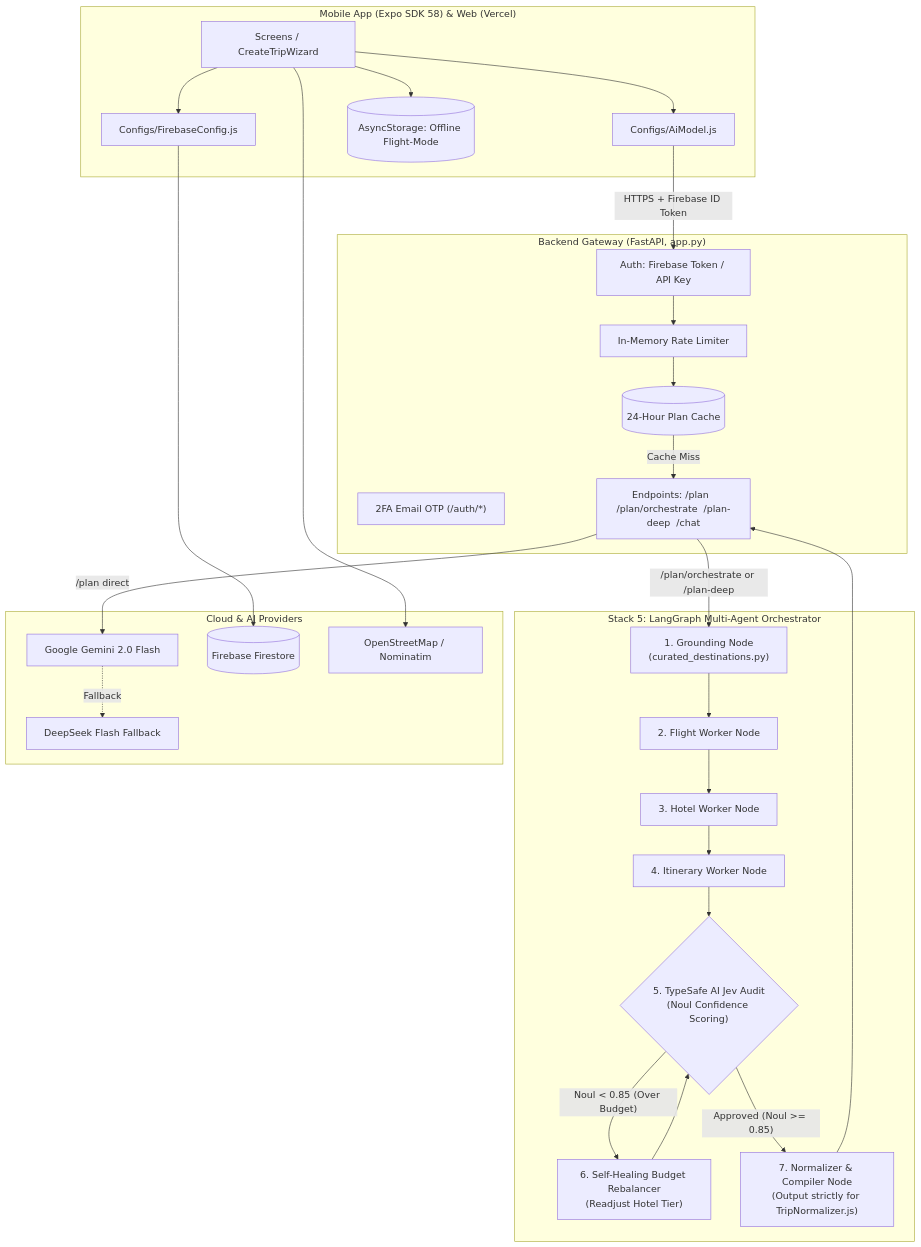
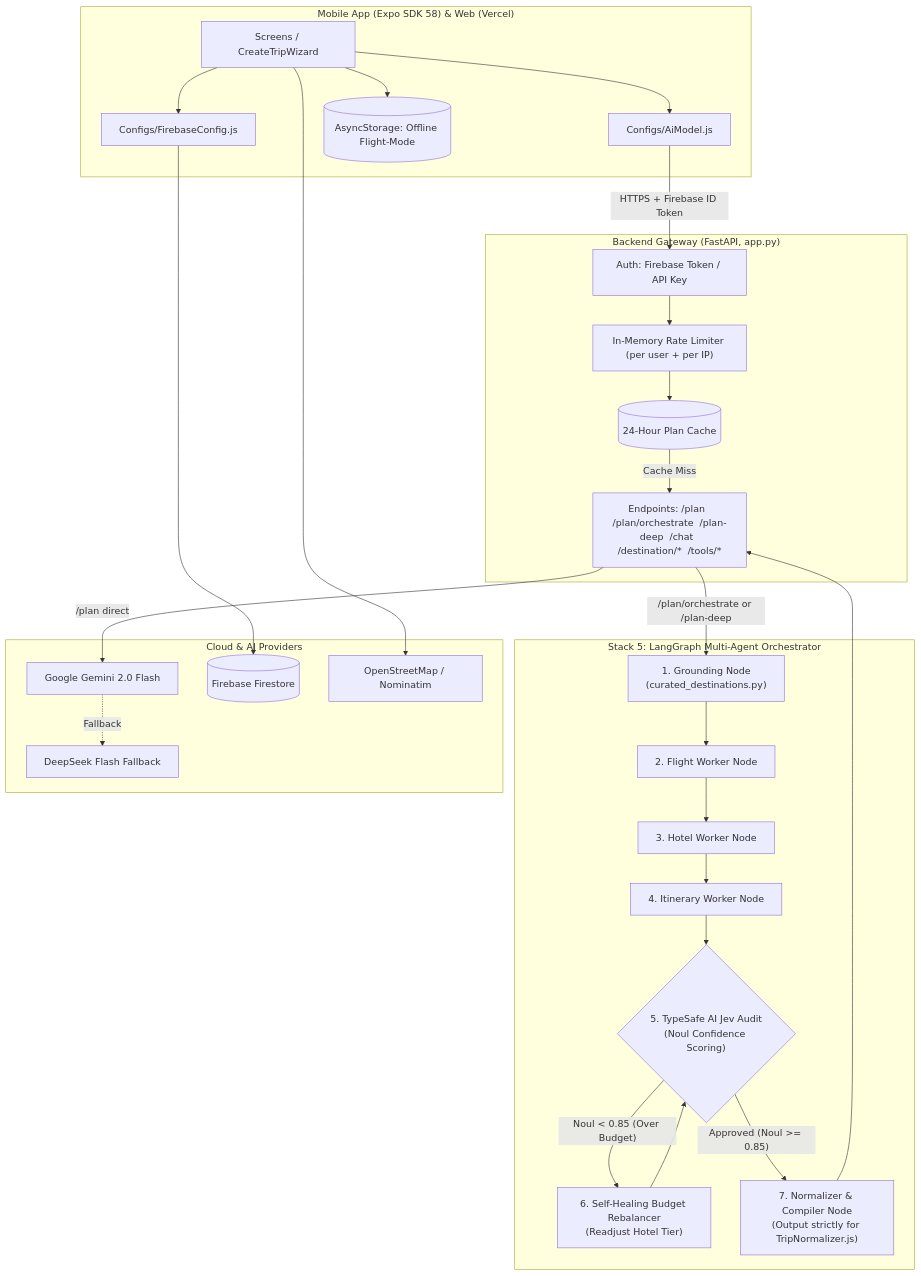
One commit to AliHassan-7869/GoGuide-AI-Agent changed the first of 5 diagrams in ARCHITECTURE.md. Above: the diagram before and after it, drawn with Mermaid. The commit also changed other lines of this file and 14 other files, not shown here.

````diff
--- a/ARCHITECTURE.md
+++ b/ARCHITECTURE.md
@@ -27,55 +27,54 @@
 ```mermaid
 flowchart TD
     subgraph Client["Mobile App (Expo SDK 58) & Web (Vercel)"]
         UI[Screens / CreateTripWizard]
         AI[Configs/AiModel.js]
         FB[Configs/FirebaseConfig.js]
         Cache[(AsyncStorage: Offline Flight-Mode)]
     end
 
     subgraph Backend["Backend Gateway (FastAPI, app.py)"]
         Auth["Auth: Firebase Token / API Key"]
-        TwoFA["2FA Email OTP (/auth/*)"]
-        RL["In-Memory Rate Limiter"]
+        RL["In-Memory Rate Limiter (per user + per IP)"]
         PlanCache[("24-Hour Plan Cache")]
-        EP["Endpoints: /plan  /plan/orchestrate  /plan-deep  /chat"]
+        EP["Endpoints: /plan  /plan/orchestrate  /plan-deep  /chat  /destination/*  /tools/*"]
     end
 
     subgraph Stack5["Stack 5: LangGraph Multi-Agent Orchestrator"]
         Grounding["1. Grounding Node\n(curated_destinations.py)"]
         FlightWorker["2. Flight Worker Node"]
         HotelWorker["3. Hotel Worker Node"]
         ItineraryWorker["4. Itinerary Worker Node"]
         JevAudit{"5. TypeSafe AI Jev Audit\n(Noul Confidence Scoring)"}
         BudgetHeal["6. Self-Healing Budget Rebalancer\n(Readjust Hotel Tier)"]
         Compiler["7. Normalizer & Compiler Node\n(Output strictly for TripNormalizer.js)"]
     end
 
     subgraph Cloud["Cloud & AI Providers"]
         Gemini[Google Gemini 2.0 Flash]
         DS[DeepSeek Flash Fallback]
         FS[(Firebase Firestore)]
         OSM[OpenStreetMap / Nominatim]
     end
 
     UI --> AI
     UI --> FB
     UI --> Cache
     UI --> OSM
     FB --> FS
 
     AI -- "HTTPS + Firebase ID Token" --> Auth
     Auth --> RL --> PlanCache
     PlanCache -- Cache Miss --> EP
 
     EP -->|/plan/orchestrate or /plan-deep| Grounding
     Grounding --> FlightWorker --> HotelWorker --> ItineraryWorker --> JevAudit
     
     JevAudit -- "Noul < 0.85 (Over Budget)" --> BudgetHeal
     BudgetHeal --> JevAudit
     JevAudit -- "Approved (Noul >= 0.85)" --> Compiler
     Compiler --> EP
 
     EP -->|/plan direct| Gemini
     Gemini -.Fallback.-> DS
 ```
````
